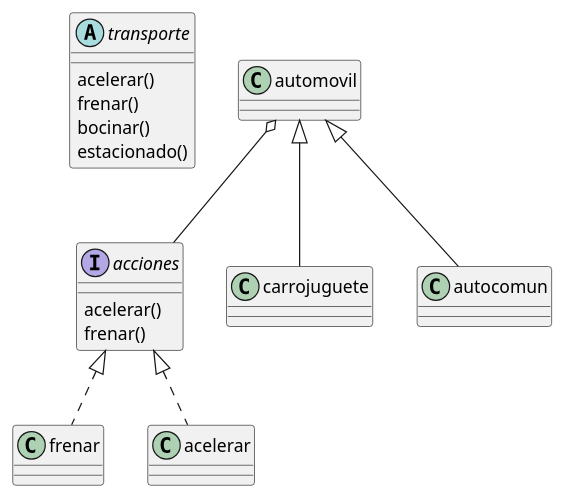
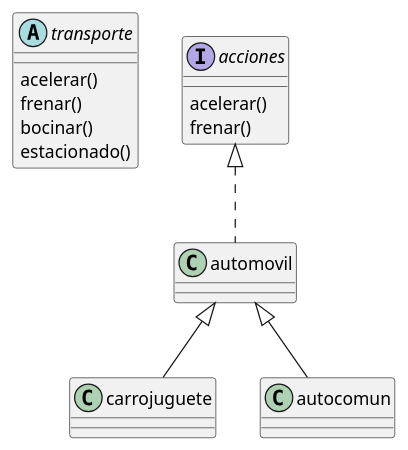
Before and after one commit to alexdev-sudo/Encapsulamiento: the diagram in src/Diagrama Encapsulamiento.puml, drawn with PlantUML.

Commit message:
cambio diagrama

```diff
--- a/src/Diagrama Encapsulamiento.puml
+++ b/src/Diagrama Encapsulamiento.puml
@@ -1,22 +1,19 @@
 @startuml
 
 abstract transporte{
 acelerar()
 frenar()
 bocinar()
 estacionado()
 }
 
 
 interface acciones{
 acelerar()
 frenar()
 }
-class automovil 
-automovil o-- acciones
-class frenar implements acciones
-class acelerar implements acciones
+class automovil implements acciones
 class carrojuguete extends automovil
 class autocomun extends automovil
 
 @enduml
```
